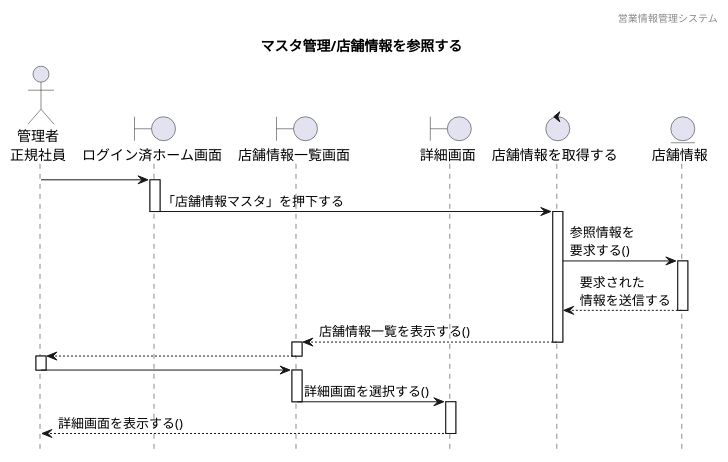
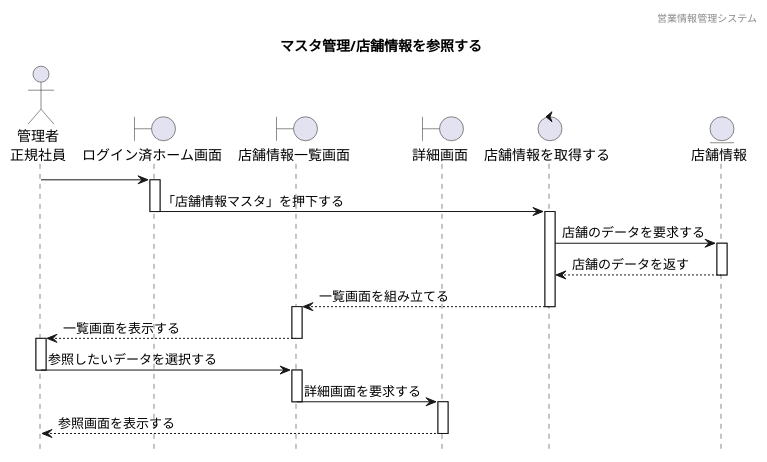
One commit to HaruShim/Sotuken changed the diagram in 各種設計書/4シーケンス図/マスタ管理/2.店舗情報マスタ/店舗情報管理_参照.wsd. Above: the diagram before and after it, drawn with PlantUML. The commit also changed 4 other files, not shown here.

```diff
--- a/各種設計書/4シーケンス図/マスタ管理/2.店舗情報マスタ/店舗情報管理_参照.wsd
+++ b/各種設計書/4シーケンス図/マスタ管理/2.店舗情報マスタ/店舗情報管理_参照.wsd
@@ -1,58 +1,58 @@
 @startuml sequence
 
 hide footbox
 header 営業情報管理システム
 title マスタ管理/店舗情報を参照する
 
 
 ' actor "" as
 actor "管理者\n正規社員" as a1
  
 
 ' boundary "" as
 boundary "ログイン済ホーム画面" as b1
 boundary "店舗情報一覧画面" as b2
 boundary "詳細画面" as b3
 
 ' control "" as 
 control "店舗情報を取得する" as c1
 
 ' entity "" as
 entity "店舗情報" as e1
 
 
 a1 -> b1
 
 
 activate b1 
 b1 -> c1 : 「店舗情報マスタ」を押下する
 deactivate b1
 
 activate c1
-c1 -> e1 :参照情報を\n要求する()
+c1 -> e1 :店舗のデータを要求する
 
 
 activate e1
-e1 -->c1 :要求された\n情報を送信する
+e1 -->c1 :店舗のデータを返す
 deactivate e1
-c1 --> b2 :店舗情報一覧を表示する()
+c1 --> b2 :一覧画面を組み立てる
 deactivate c1
 
 
 activate b2
-b2 --> a1 
+b2 --> a1 :一覧画面を表示する
 deactivate b2
 
 activate a1
-a1 -> b2 
+a1 -> b2 :参照したいデータを選択する
 deactivate a1
 
 activate b2
-b2 -> b3 :詳細画面を選択する()
+b2 -> b3 :詳細画面を要求する
 deactivate b2
 
 activate b3
-b3 --> a1 :詳細画面を表示する()
+b3 --> a1 :参照画面を表示する
 deactivate b3
 
 @enduml
```
